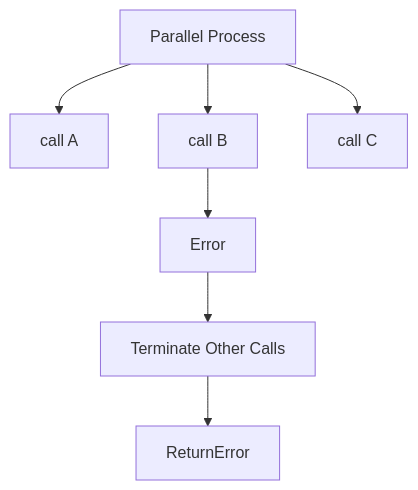
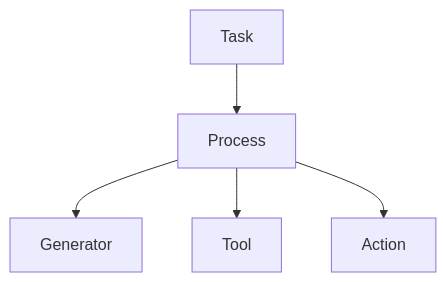
The fourth of 7 diagrams in MindloomSemantic.md (laiyuanxiang/laiyuanxiang), drawn with Mermaid before and after one commit. The commit also changed other lines of this file, not shown here.

````diff
--- a/MindloomSemantic.md
+++ b/MindloomSemantic.md
@@ -466,18 +369,15 @@
 ```mermaid
-flowchart TD
+graph TD
 
-Start[Parallel Process]
+Task[Task]
+Process[Process]
 
-CallA[call A]
-CallB[call B]
-CallC[call C]
+Generator[Generator]
+Tool[Tool]
+Action[Action]
 
-Start --> CallA
-Start --> CallB
-Start --> CallC
-
-CallB --> ErrorB[Error]
-
-ErrorB --> StopOthers[Terminate Other Calls]
-StopOthers --> ReturnError
+Task --> Process
+Process --> Generator
+Process --> Tool
+Process --> Action
 ```
````
